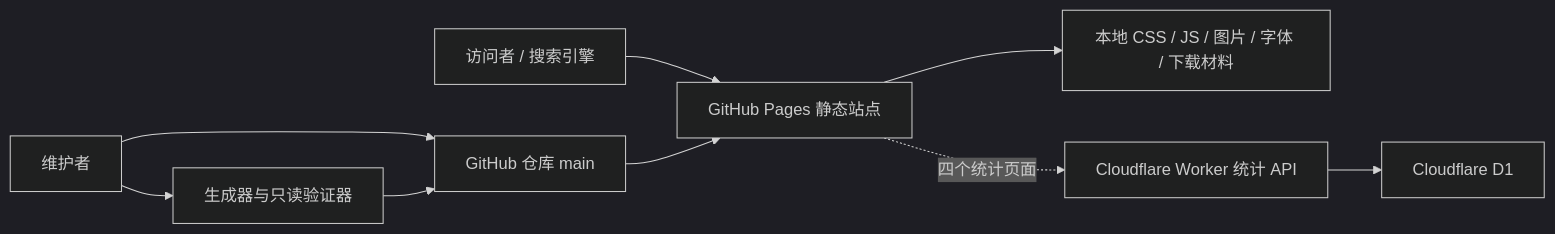
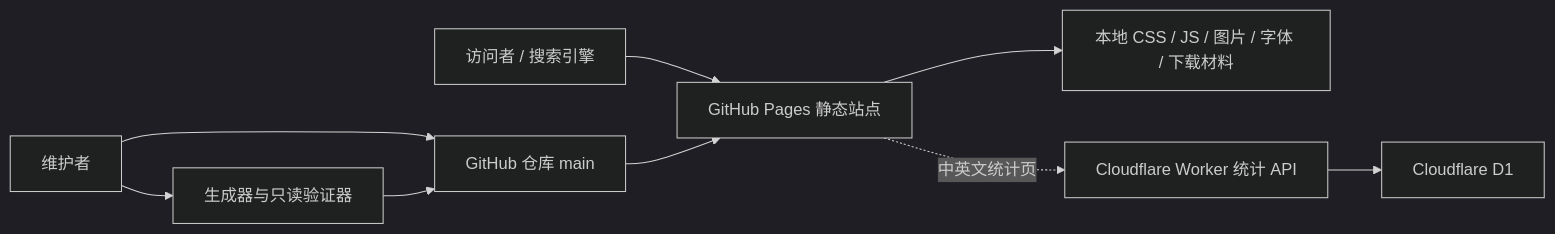
The first of 5 diagrams in docs/architecture.md (Yan-ShiBo/Yan-ShiBo.github.io), drawn with Mermaid (dark theme) before and after one commit. The commit also changed other lines of this file and 19 other files, not shown here.

````diff
--- a/docs/architecture.md
+++ b/docs/architecture.md
@@ -40,11 +40,11 @@
 ```mermaid
 flowchart LR
     Visitor["访问者 / 搜索引擎"] --> Pages["GitHub Pages 静态站点"]
     Maintainer["维护者"] --> Repo["GitHub 仓库 main"]
     Repo --> Pages
     Pages --> Assets["本地 CSS / JS / 图片 / 字体 / 下载材料"]
-    Pages -. "四个统计页面" .-> StatsAPI["Cloudflare Worker 统计 API"]
+    Pages -. "中英文统计页" .-> StatsAPI["Cloudflare Worker 统计 API"]
     StatsAPI --> D1["Cloudflare D1"]
     Maintainer --> Tools["生成器与只读验证器"]
     Tools --> Repo
 ```
````
